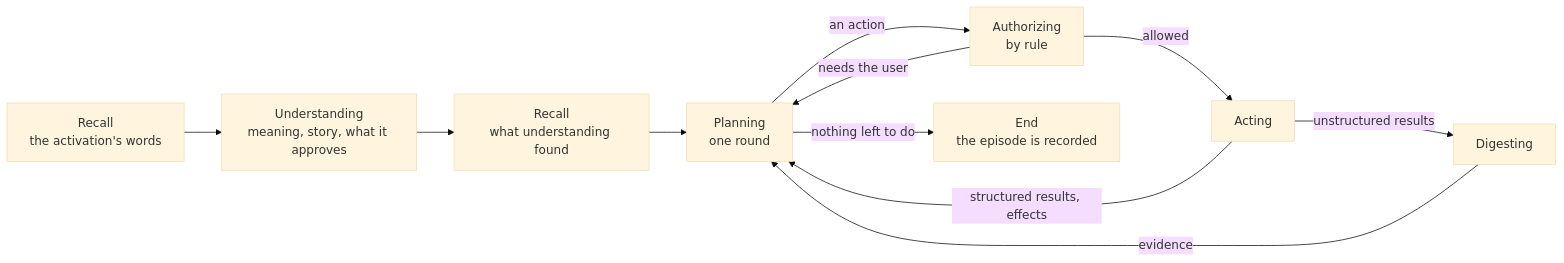
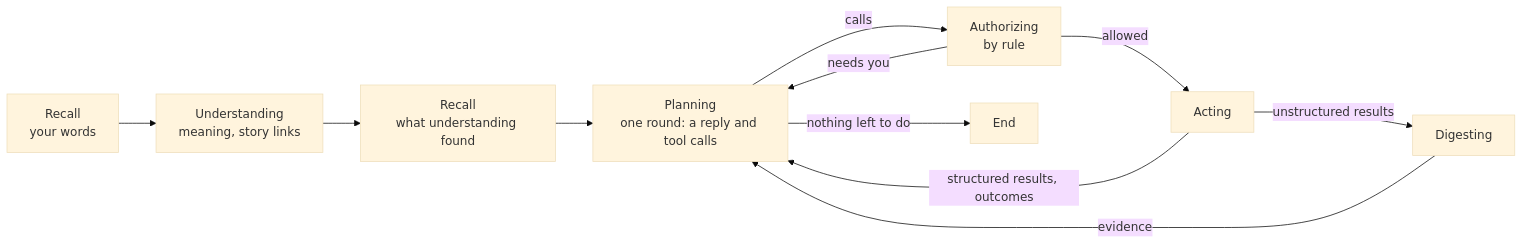
One commit to leonapivato/ai-assistant changed the diagram in docs/proposals/phases-after-understanding.md. Above: the diagram before and after it, drawn with Mermaid (base theme). The commit also changed other lines of this file, not shown here.

Commit message:
docs(proposals): the phases after understanding, rewritten in phase order with the owner's walk-through rulings

````diff
--- a/docs/proposals/phases-after-understanding.md
+++ b/docs/proposals/phases-after-understanding.md
@@ -43,13 +34,13 @@
 ```mermaid
 flowchart LR
-    R1["Recall<br/>the activation's words"] --> U["Understanding<br/>meaning, story, what it approves"]
+    R1["Recall<br/>your words"] --> U["Understanding<br/>meaning, story links"]
     U --> R2["Recall<br/>what understanding found"]
-    R2 --> P["Planning<br/>one round"]
-    P -->|"an action"| Z["Authorizing<br/>by rule"]
+    R2 --> P["Planning<br/>one round: a reply and tool calls"]
+    P -->|"calls"| Z["Authorizing<br/>by rule"]
     Z -->|"allowed"| X["Acting"]
-    Z -->|"needs the user"| P
-    X -->|"structured results, effects"| P
+    Z -->|"needs you"| P
+    X -->|"structured results, outcomes"| P
     X -->|"unstructured results"| D["Digesting"]
     D -->|"evidence"| P
-    P -->|"nothing left to do"| E["End<br/>the episode is recorded"]
+    P -->|"nothing left to do"| E["End"]
 ```
````
